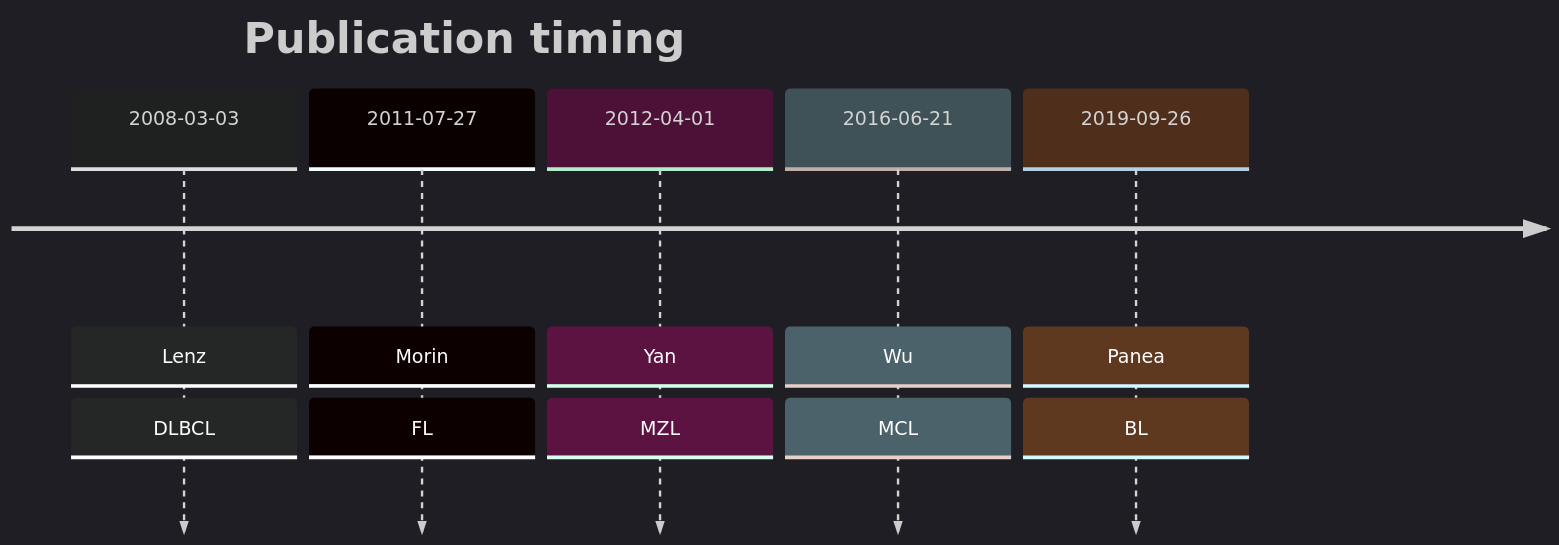
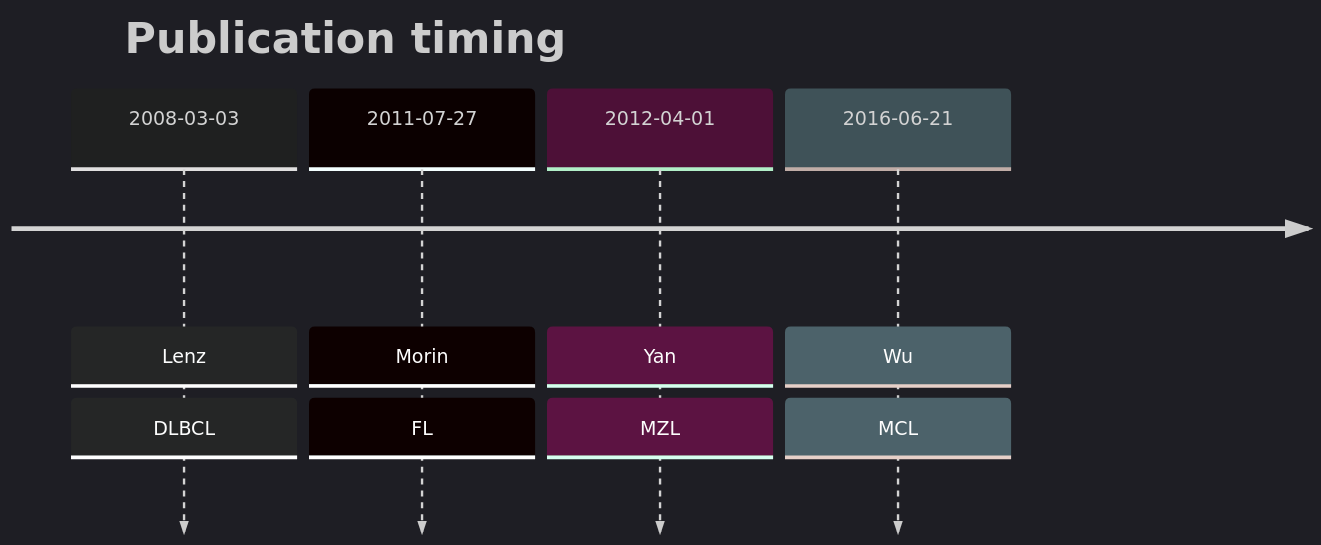
Before and after one commit to morinlab/lymphopedia: the diagram in CARD11.md, drawn with Mermaid. The commit also changed other lines of this file and 6 other files, not shown here.

````diff
--- a/CARD11.md
+++ b/CARD11.md
@@ -5,10 +5,9 @@
 ```mermaid
 %%{init: { 'logLevel': 'debug', 'theme': 'dark' } }%%
 timeline
     title Publication timing
       2008-03-03 : Lenz : DLBCL
       2011-07-27 : Morin : FL
       2012-04-01 : Yan : MZL
       2016-06-21 : Wu : MCL
-      2019-09-26 : Panea : BL
 ```
````
